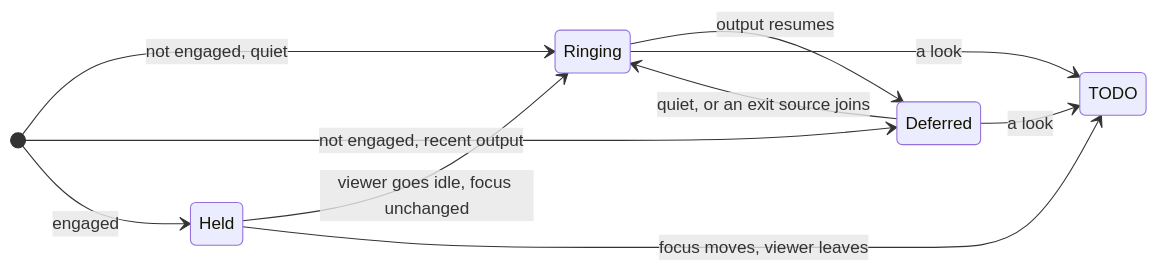
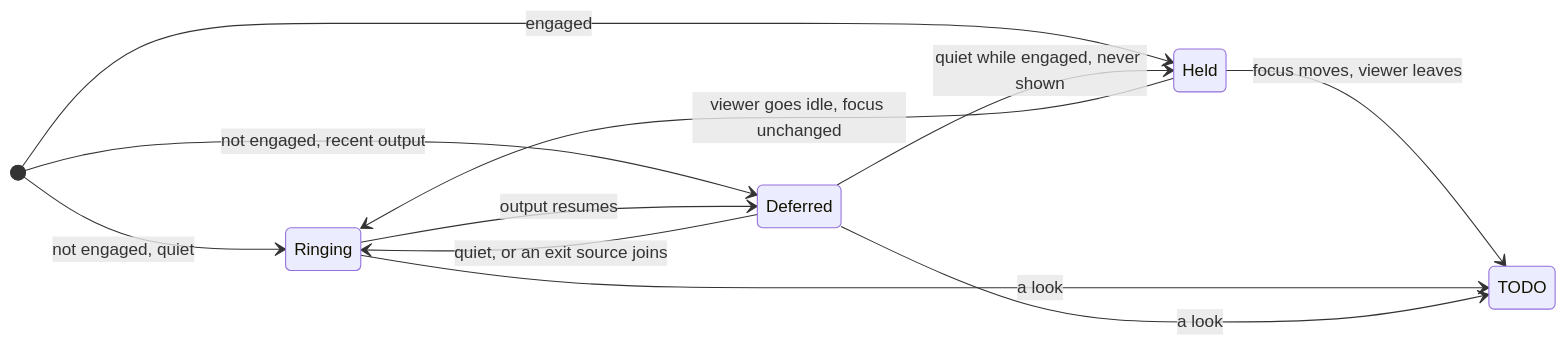
The second of 3 diagrams in docs/specs/alert.md (diffplug/dormouse), drawn with Mermaid before and after one commit. The commit also changed other lines of this file and 3 other files, not shown here.

First line of the commit message:
Hold a never-shown ring that comes due while engaged

````diff
--- a/docs/specs/alert.md
+++ b/docs/specs/alert.md
@@ -107,13 +107,14 @@
 ```mermaid
 stateDiagram-v2
   direction LR
   [*] --> Ringing: not engaged, quiet
   [*] --> Deferred: not engaged, recent output
   [*] --> Held: engaged
   Deferred --> Ringing: quiet, or an exit source joins
+  Deferred --> Held: quiet while engaged, never shown
   Ringing --> Deferred: output resumes
   Held --> Ringing: viewer goes idle, focus unchanged
   Held --> TODO: focus moves, viewer leaves
   Ringing --> TODO: a look
   Deferred --> TODO: a look
 ```
````
